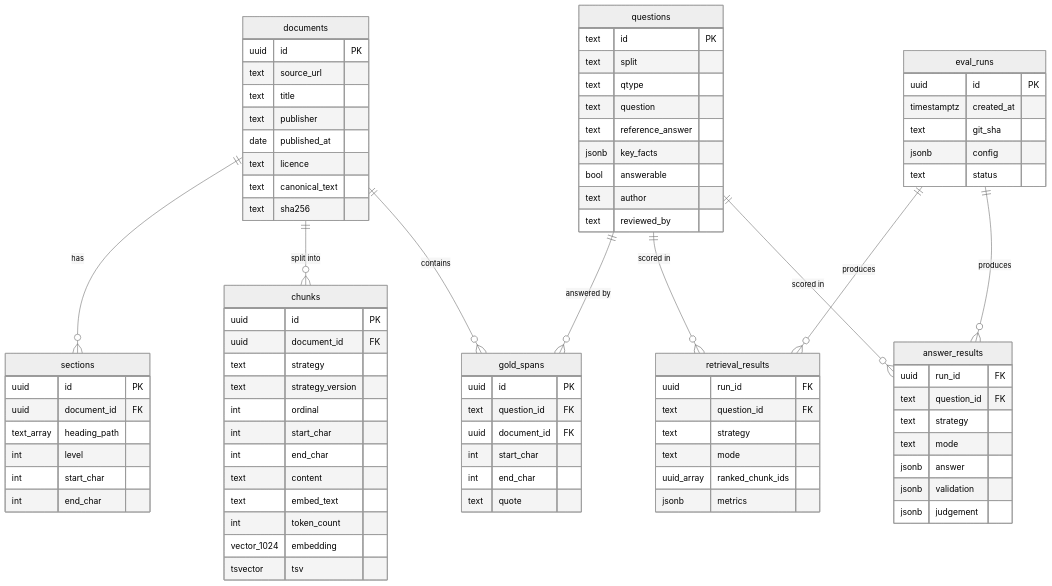
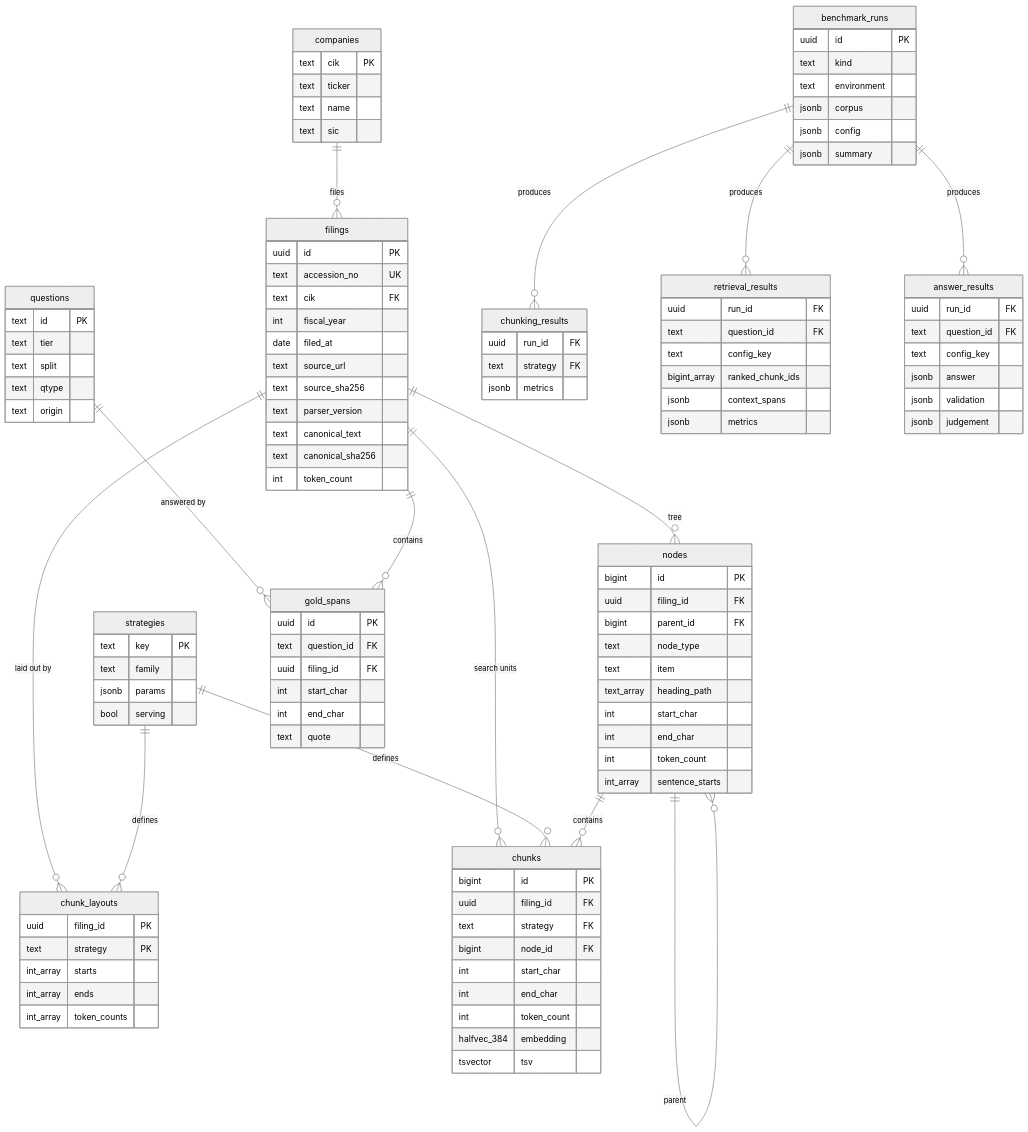
One commit to conradlotz/chunking-rag-system changed the seventh of 8 diagrams in docs/ARCHITECTURE.md. Above: the diagram before and after it, drawn with Mermaid (neutral theme). The commit also changed other lines of this file and 4 other files, not shown here.

````diff
--- a/docs/ARCHITECTURE.md
+++ b/docs/ARCHITECTURE.md
@@ -201,85 +380,114 @@
 ```mermaid
 erDiagram
-    documents ||--o{ sections : has
-    documents ||--o{ chunks : "split into"
-    documents ||--o{ gold_spans : "contains"
+    companies ||--o{ filings : files
+    filings ||--o{ nodes : "tree"
+    nodes ||--o{ nodes : parent
+    filings ||--o{ chunk_layouts : "laid out by"
+    strategies ||--o{ chunk_layouts : defines
+    filings ||--o{ chunks : "search units"
+    strategies ||--o{ chunks : defines
+    nodes ||--o{ chunks : contains
     questions ||--o{ gold_spans : "answered by"
-    eval_runs ||--o{ retrieval_results : produces
-    eval_runs ||--o{ answer_results : produces
-    questions ||--o{ retrieval_results : "scored in"
-    questions ||--o{ answer_results : "scored in"
+    filings ||--o{ gold_spans : contains
+    benchmark_runs ||--o{ chunking_results : produces
+    benchmark_runs ||--o{ retrieval_results : produces
+    benchmark_runs ||--o{ answer_results : produces
 
-    documents {
+    companies {
+        text cik PK
+        text ticker
+        text name
+        text sic
+    }
+    filings {
         uuid id PK
+        text accession_no UK
+        text cik FK
+        int fiscal_year
+        date filed_at
         text source_url
-        text title
-        text publisher
-        date published_at
-        text licence
+        text source_sha256
+        text parser_version
         text canonical_text
-        text sha256
+        text canonical_sha256
+        int token_count
     }
-    sections {
-        uuid id PK
-        uuid document_id FK
+    nodes {
+        bigint id PK
+        uuid filing_id FK
+        bigint parent_id FK
+        text node_type
+        text item
         text_array heading_path
-        int level
         int start_char
         int end_char
+        int token_count
+        int_array sentence_starts
+    }
+    strategies {
+        text key PK
+        text family
+        jsonb params
+        bool serving
+    }
+    chunk_layouts {
+        uuid filing_id PK
+        text strategy PK
+        int_array starts
+        int_array ends
+        int_array token_counts
     }
     chunks {
-        uuid id PK
-        uuid document_id FK
-        text strategy
-        text strategy_version
-        int ordinal
+        bigint id PK
+        uuid filing_id FK
+        text strategy FK
+        bigint node_id FK
         int start_char
         int end_char
-        text content
-        text embed_text
         int token_count
-        vector_1024 embedding
+        halfvec_384 embedding
         tsvector tsv
     }
     questions {
         text id PK
+        text tier
         text split
         text qtype
-        text question
-        text reference_answer
-        jsonb key_facts
-        bool answerable
-        text author
-        text reviewed_by
+        text origin
     }
     gold_spans {
         uuid id PK
         text question_id FK
-        uuid document_id FK
+        uuid filing_id FK
         int start_char
         int end_char
         text quote
     }
-    eval_runs {
+    benchmark_runs {
         uuid id PK
-        timestamptz created_at
-        text git_sha
+        text kind
+        text environment
+        jsonb corpus
         jsonb config
-        text status
+        jsonb summary
+    }
+    chunking_results {
+        uuid run_id FK
+        text strategy FK
+        jsonb metrics
     }
     retrieval_results {
         uuid run_id FK
         text question_id FK
-        text strategy
-        text mode
-        uuid_array ranked_chunk_ids
+        text config_key
+        bigint_array ranked_chunk_ids
+        jsonb context_spans
         jsonb metrics
     }
     answer_results {
         uuid run_id FK
         text question_id FK
-        text strategy
-        text mode
+        text config_key
         jsonb answer
         jsonb validation
         jsonb judgement
````
